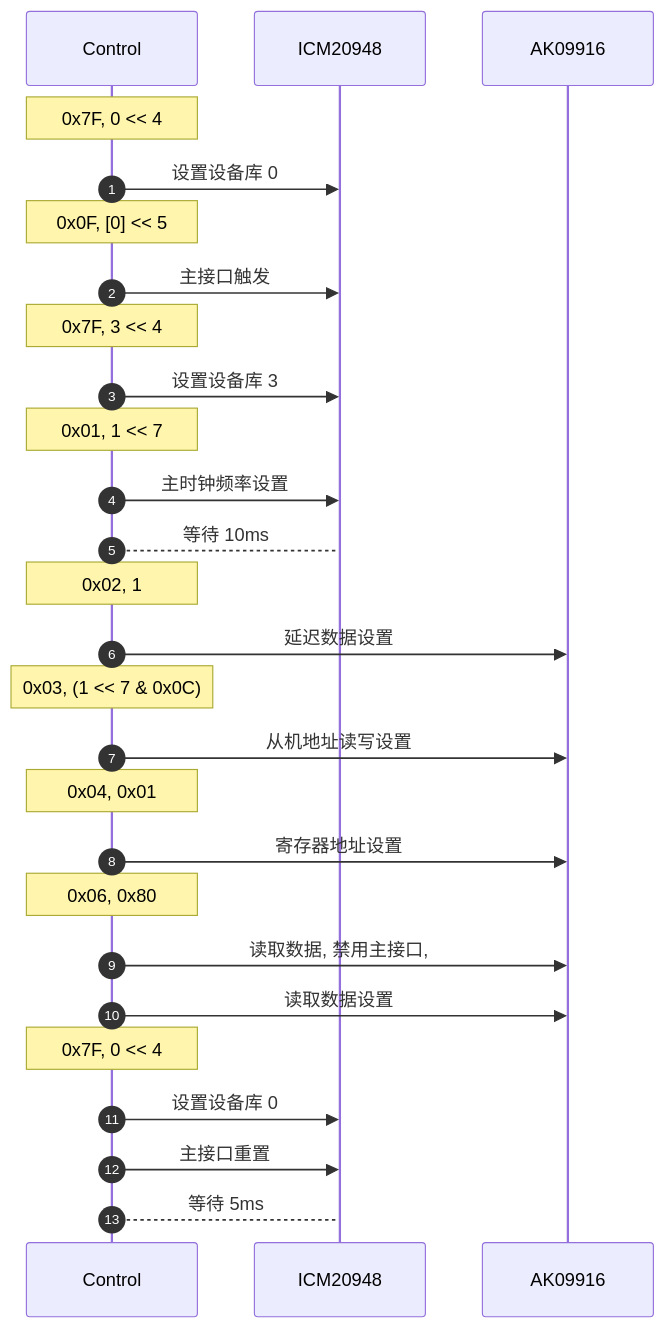
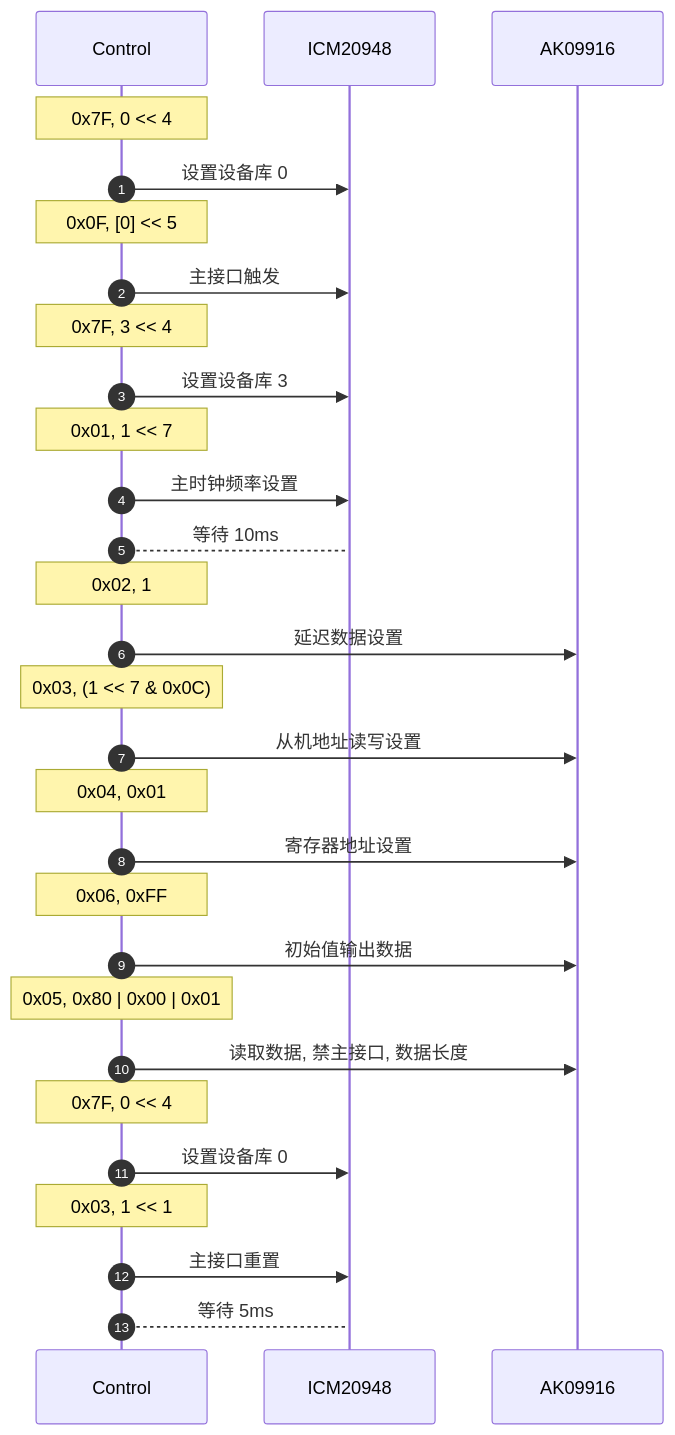
The fourth of 4 diagrams in _posts/2025-04-06-mdchart.md (hkdickyko/hkdickyko.github.io), drawn with Mermaid before and after one commit.

```diff
--- a/_posts/2025-04-06-mdchart.md
+++ b/_posts/2025-04-06-mdchart.md
@@ -193,30 +193,32 @@
 <div class="mermaid">
 sequenceDiagram;
    autonumber;
    participant C as Control;
    participant I as ICM20948;
    participant A as AK09916;
    note over C: 0x7F, 0 << 4;
    C->>I: 设置设备库 0;
    note over C: 0x0F, [0] << 5
    C->>I: 主接口触发;
    note over C: 0x7F, 3 << 4;
    C->>I: 设置设备库 3;
    note over C: 0x01, 1 << 7;
    C->>I: 主时钟频率设置;
    C-->I: 等待 10ms;
    note over C: 0x02, 1;
    C->>A: 延迟数据设置;
    note over C: 0x03, (1 << 7 & 0x0C);
    C->>A: 从机地址读写设置;
    note over C: 0x04, 0x01;
    C->>A: 寄存器地址设置;
-   note over C: 0x06, 0x80;
-   C->>A: 读取数据, 禁用主接口, ;
-   C->>A: 读取数据设置;
+   note over C: 0x06, 0xFF;
+   C->>A: 初始值输出数据;
+   note over C: 0x05, 0x80 | 0x00 | 0x01;
+   C->>A: 读取数据, 禁主接口, 数据长度;
    note over C: 0x7F, 0 << 4;
    C->>I: 设置设备库 0;
+   note over C: 0x03, 1 << 1
    C->>I: 主接口重置;
    C-->I: 等待 5ms;
 
 </div>   
```
